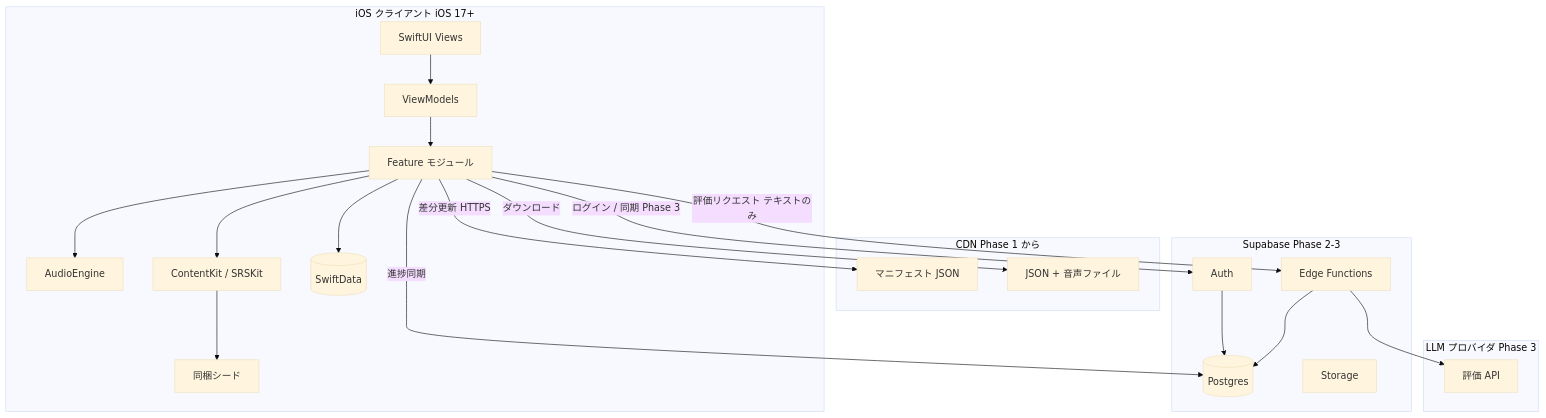
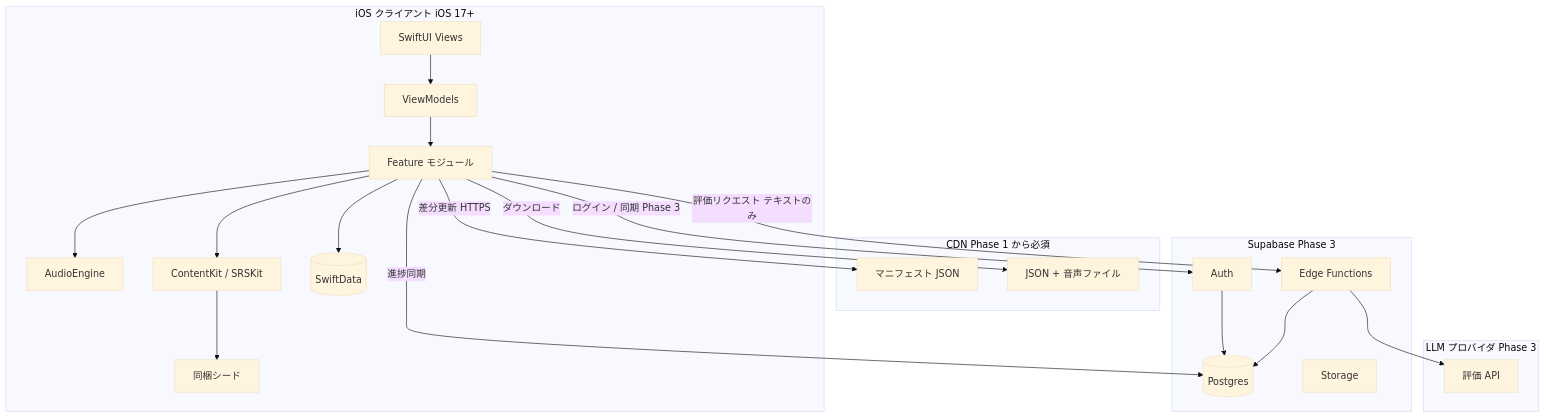
Before and after one commit to Kyogo73/SnapSpeak: the first of 8 diagrams in docs/architecture.md, drawn with Mermaid (base theme). The commit also changed other lines of this file and 3 other files, not shown here.

Commit message:
Apply review feedback: audio routing policy, on-device ASR requirement, phase alignment, privacy/App Store requirements, SRS sync via append-only events

````diff
--- a/docs/architecture.md
+++ b/docs/architecture.md
@@ -23,42 +23,42 @@
 ```mermaid
 flowchart TB
-  subgraph client [iOS クライアント iOS 17+]
-    UI[SwiftUI Views]
-    VM[ViewModels]
-    Feat[Feature モジュール]
-    Eng[AudioEngine]
-    Kits[ContentKit / SRSKit]
-    SD[(SwiftData)]
-    Seed[同梱シード]
+  subgraph client ["iOS クライアント iOS 17+"]
+    UI["SwiftUI Views"]
+    VM["ViewModels"]
+    Feat["Feature モジュール"]
+    Eng["AudioEngine"]
+    Kits["ContentKit / SRSKit"]
+    SD[("SwiftData")]
+    Seed["同梱シード"]
     UI --> VM --> Feat
     Feat --> Eng
     Feat --> Kits
     Feat --> SD
     Kits --> Seed
   end
 
-  subgraph cdn [CDN Phase 1 から]
-    Man[マニフェスト JSON]
-    Assets[JSON + 音声ファイル]
+  subgraph cdn ["CDN Phase 1 から必須"]
+    Man["マニフェスト JSON"]
+    Assets["JSON + 音声ファイル"]
   end
 
-  subgraph supabase [Supabase Phase 2-3]
-    Auth[Auth]
-    PG[(Postgres)]
-    St[Storage]
-    Edge[Edge Functions]
+  subgraph supabase ["Supabase Phase 3"]
+    Auth["Auth"]
+    PG[("Postgres")]
+    St["Storage"]
+    Edge["Edge Functions"]
   end
 
-  subgraph llm [LLM プロバイダ Phase 3]
-    Eval[評価 API]
+  subgraph llm ["LLM プロバイダ Phase 3"]
+    Eval["評価 API"]
   end
 
-  Feat -->|差分更新 HTTPS| Man
+  Feat -->|"差分更新 HTTPS"| Man
   Feat -->|ダウンロード| Assets
-  Feat -->|ログイン / 同期 Phase 3| Auth
+  Feat -->|"ログイン / 同期 Phase 3"| Auth
   Auth --> PG
   Feat -->|進捗同期| PG
-  Feat -->|評価リクエスト テキストのみ| Edge
+  Feat -->|"評価リクエスト テキストのみ"| Edge
   Edge --> Eval
   Edge --> PG
 ```
````
